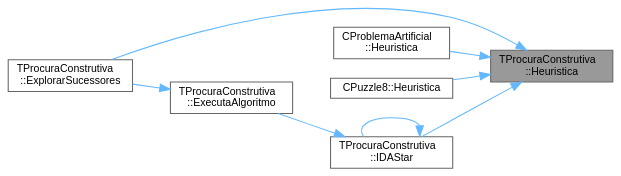
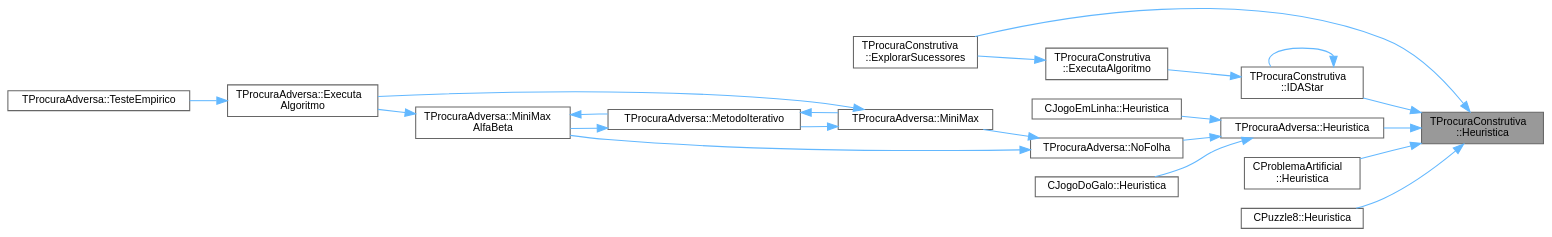
One commit to jcoelho72/TProcura changed the diagram in group__RedefinicaoSugerida_ga0e8bb1bd33683545dc4f8f6329548b40_icgraph.dot. Above: the diagram before and after it, drawn with Graphviz. The commit also changed 1026 other files, not shown here.

```diff
--- a/group__RedefinicaoSugerida_ga0e8bb1bd33683545dc4f8f6329548b40_icgraph.dot
+++ b/group__RedefinicaoSugerida_ga0e8bb1bd33683545dc4f8f6329548b40_icgraph.dot
@@ -1,21 +1,43 @@
 digraph "TProcuraConstrutiva::Heuristica"
 {
  // LATEX_PDF_SIZE
   bgcolor="transparent";
   edge [fontname=Helvetica,fontsize=10,labelfontname=Helvetica,labelfontsize=10];
   node [fontname=Helvetica,fontsize=10,shape=box,height=0.2,width=0.4];
   rankdir="RL";
   Node1 [id="Node000001",label="TProcuraConstrutiva\l::Heuristica",height=0.2,width=0.4,color="gray40", fillcolor="grey60", style="filled", fontcolor="black",tooltip="Função para calcular quanto falta para o final, o valor da heurística."];
-  Node1 -> Node2 [id="edge8_Node000001_Node000002",dir="back",color="steelblue1",style="solid",tooltip=" "];
+  Node1 -> Node2 [id="edge21_Node000001_Node000002",dir="back",color="steelblue1",style="solid",tooltip=" "];
   Node2 [id="Node000002",label="TProcuraConstrutiva\l::ExplorarSucessores",height=0.2,width=0.4,color="grey40", fillcolor="white", style="filled",URL="$classTProcuraConstrutiva.html#a9fda19c96c9cd874fa45578bcc30f607",tooltip=" "];
-  Node1 -> Node3 [id="edge9_Node000001_Node000003",dir="back",color="steelblue1",style="solid",tooltip=" "];
-  Node3 [id="Node000003",label="CProblemaArtificial\l::Heuristica",height=0.2,width=0.4,color="grey40", fillcolor="white", style="filled",URL="$classCProblemaArtificial.html#acefa1963a1703a5f092c391a13b37ff5",tooltip="Função para calcular quanto falta para o final, o valor da heurística."];
-  Node1 -> Node4 [id="edge10_Node000001_Node000004",dir="back",color="steelblue1",style="solid",tooltip=" "];
-  Node4 [id="Node000004",label="CPuzzle8::Heuristica",height=0.2,width=0.4,color="grey40", fillcolor="white", style="filled",URL="$classCPuzzle8.html#a273bc37daab41bce1aab45517e800d27",tooltip="Função para calcular quanto falta para o final, o valor da heurística."];
-  Node1 -> Node5 [id="edge11_Node000001_Node000005",dir="back",color="steelblue1",style="solid",tooltip=" "];
-  Node5 [id="Node000005",label="TProcuraConstrutiva\l::IDAStar",height=0.2,width=0.4,color="grey40", fillcolor="white", style="filled",URL="$group__ProcurasInformadas.html#gae77f9608e7988052377d7025bee7c4e8",tooltip="Executa a procura IDA*, algoritmo informado."];
-  Node5 -> Node6 [id="edge12_Node000005_Node000006",dir="back",color="steelblue1",style="solid",tooltip=" "];
-  Node6 [id="Node000006",label="TProcuraConstrutiva\l::ExecutaAlgoritmo",height=0.2,width=0.4,color="grey40", fillcolor="white", style="filled",URL="$group__RedefinicaoOpcional.html#gae52871eb18c8ae656a2174acf43b3bb3",tooltip="Executa o algoritmo com os parametros atuais."];
-  Node6 -> Node2 [id="edge13_Node000006_Node000002",dir="back",color="steelblue1",style="solid",tooltip=" "];
-  Node5 -> Node5 [id="edge14_Node000005_Node000005",dir="back",color="steelblue1",style="solid",tooltip=" "];
+  Node1 -> Node3 [id="edge22_Node000001_Node000003",dir="back",color="steelblue1",style="solid",tooltip=" "];
+  Node3 [id="Node000003",label="TProcuraAdversa::Heuristica",height=0.2,width=0.4,color="grey40", fillcolor="white", style="filled",URL="$classTProcuraAdversa.html#a75e148ba0a922339333940828366aed6",tooltip="chamar após calcular a heurística (grava o valor, dependendo da parametrização)"];
+  Node3 -> Node4 [id="edge23_Node000003_Node000004",dir="back",color="steelblue1",style="solid",tooltip=" "];
+  Node4 [id="Node000004",label="CJogoDoGalo::Heuristica",height=0.2,width=0.4,color="grey40", fillcolor="white", style="filled",URL="$classCJogoDoGalo.html#a3563839d5ffc94973acee1a1783e3527",tooltip="Função para calcular quanto falta para o final, o valor da heurística."];
+  Node3 -> Node5 [id="edge24_Node000003_Node000005",dir="back",color="steelblue1",style="solid",tooltip=" "];
+  Node5 [id="Node000005",label="CJogoEmLinha::Heuristica",height=0.2,width=0.4,color="grey40", fillcolor="white", style="filled",URL="$classCJogoEmLinha.html#afe8d4a92e1840c1436c295c5a13760db",tooltip="Função para calcular quanto falta para o final, o valor da heurística."];
+  Node3 -> Node6 [id="edge25_Node000003_Node000006",dir="back",color="steelblue1",style="solid",tooltip=" "];
+  Node6 [id="Node000006",label="TProcuraAdversa::NoFolha",height=0.2,width=0.4,color="grey40", fillcolor="white", style="filled",URL="$classTProcuraAdversa.html#a01ed7d4718647eb52723ecffaf68aa4b",tooltip="fim da procura, por corte de nível (ou não haver sucessores), retornar heurística"];
+  Node6 -> Node7 [id="edge26_Node000006_Node000007",dir="back",color="steelblue1",style="solid",tooltip=" "];
+  Node7 [id="Node000007",label="TProcuraAdversa::MiniMax",height=0.2,width=0.4,color="grey40", fillcolor="white", style="filled",URL="$classTProcuraAdversa.html#a4d8542bcb03f17da8aa3038384104f24",tooltip="retorna o valor do estado actual, apos procura de profundidade nivel"];
+  Node7 -> Node8 [id="edge27_Node000007_Node000008",dir="back",color="steelblue1",style="solid",tooltip=" "];
+  Node8 [id="Node000008",label="TProcuraAdversa::Executa\lAlgoritmo",height=0.2,width=0.4,color="grey40", fillcolor="white", style="filled",URL="$classTProcuraAdversa.html#aff6f48defaa10c14d160ac3990fd029b",tooltip="Executa o algoritmo com os parametros atuais."];
+  Node8 -> Node9 [id="edge28_Node000008_Node000009",dir="back",color="steelblue1",style="solid",tooltip=" "];
+  Node9 [id="Node000009",label="TProcuraAdversa::TesteEmpirico",height=0.2,width=0.4,color="grey40", fillcolor="white", style="filled",URL="$classTProcuraAdversa.html#ae849ba1f915dc5e0875faa281ba4bdbb",tooltip=" "];
+  Node7 -> Node10 [id="edge29_Node000007_Node000010",dir="back",color="steelblue1",style="solid",tooltip=" "];
+  Node10 [id="Node000010",label="TProcuraAdversa::MetodoIterativo",height=0.2,width=0.4,color="grey40", fillcolor="white", style="filled",URL="$classTProcuraAdversa.html#a7c4153974c32753901326271fee90197",tooltip="iteração, aumentando o nível progressivamente"];
+  Node10 -> Node7 [id="edge30_Node000010_Node000007",dir="back",color="steelblue1",style="solid",tooltip=" "];
+  Node10 -> Node11 [id="edge31_Node000010_Node000011",dir="back",color="steelblue1",style="solid",tooltip=" "];
+  Node11 [id="Node000011",label="TProcuraAdversa::MiniMax\lAlfaBeta",height=0.2,width=0.4,color="grey40", fillcolor="white", style="filled",URL="$classTProcuraAdversa.html#adb3f857b1c8b3ee26682e335dc6ed601",tooltip="retorna o valor do estado actual, apos procura de profundidade nivel. Idêntico a MiniMax"];
+  Node11 -> Node8 [id="edge32_Node000011_Node000008",dir="back",color="steelblue1",style="solid",tooltip=" "];
+  Node11 -> Node10 [id="edge33_Node000011_Node000010",dir="back",color="steelblue1",style="solid",tooltip=" "];
+  Node6 -> Node11 [id="edge34_Node000006_Node000011",dir="back",color="steelblue1",style="solid",tooltip=" "];
+  Node1 -> Node12 [id="edge35_Node000001_Node000012",dir="back",color="steelblue1",style="solid",tooltip=" "];
+  Node12 [id="Node000012",label="CProblemaArtificial\l::Heuristica",height=0.2,width=0.4,color="grey40", fillcolor="white", style="filled",URL="$classCProblemaArtificial.html#acefa1963a1703a5f092c391a13b37ff5",tooltip="Função para calcular quanto falta para o final, o valor da heurística."];
+  Node1 -> Node13 [id="edge36_Node000001_Node000013",dir="back",color="steelblue1",style="solid",tooltip=" "];
+  Node13 [id="Node000013",label="CPuzzle8::Heuristica",height=0.2,width=0.4,color="grey40", fillcolor="white", style="filled",URL="$classCPuzzle8.html#a273bc37daab41bce1aab45517e800d27",tooltip="Função para calcular quanto falta para o final, o valor da heurística."];
+  Node1 -> Node14 [id="edge37_Node000001_Node000014",dir="back",color="steelblue1",style="solid",tooltip=" "];
+  Node14 [id="Node000014",label="TProcuraConstrutiva\l::IDAStar",height=0.2,width=0.4,color="grey40", fillcolor="white", style="filled",URL="$group__ProcurasInformadas.html#gae77f9608e7988052377d7025bee7c4e8",tooltip="Executa a procura IDA*, algoritmo informado."];
+  Node14 -> Node15 [id="edge38_Node000014_Node000015",dir="back",color="steelblue1",style="solid",tooltip=" "];
+  Node15 [id="Node000015",label="TProcuraConstrutiva\l::ExecutaAlgoritmo",height=0.2,width=0.4,color="grey40", fillcolor="white", style="filled",URL="$group__RedefinicaoOpcional.html#gae52871eb18c8ae656a2174acf43b3bb3",tooltip="Executa o algoritmo com os parametros atuais."];
+  Node15 -> Node2 [id="edge39_Node000015_Node000002",dir="back",color="steelblue1",style="solid",tooltip=" "];
+  Node14 -> Node14 [id="edge40_Node000014_Node000014",dir="back",color="steelblue1",style="solid",tooltip=" "];
 }
```
